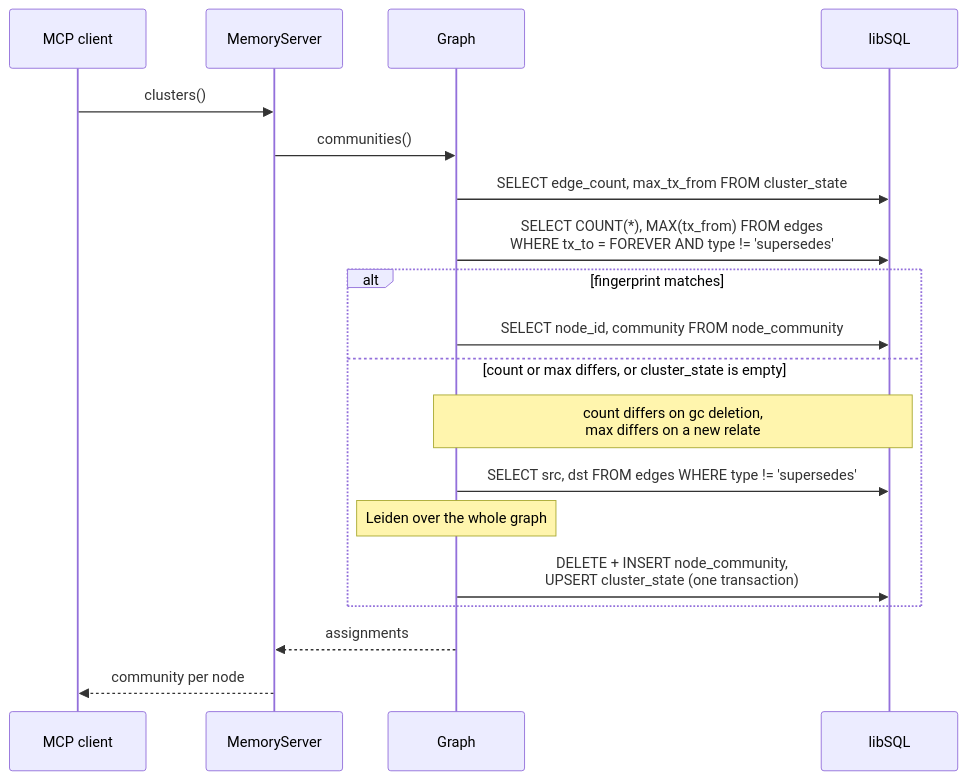
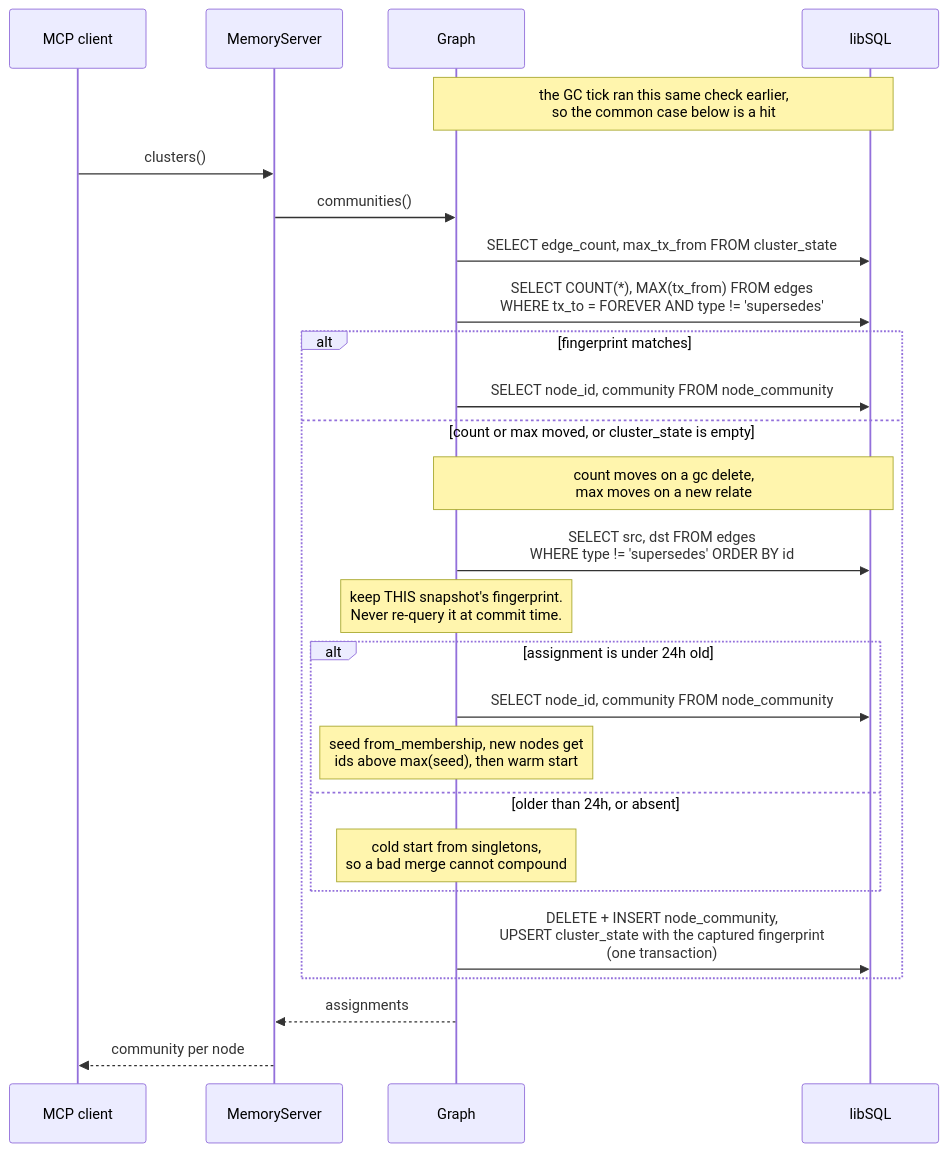
The third of 3 diagrams in docs/adr/0002-cluster-recompute-cadence.md (protocortex/liam), drawn with Mermaid before and after one commit. The commit also changed other lines of this file and 1 other file, not shown here.

First line of the commit message:
docs(adr): revise ADR-0002 to hybrid warm-started recompute

````diff
--- a/docs/adr/0002-cluster-recompute-cadence.md
+++ b/docs/adr/0002-cluster-recompute-cadence.md
@@ -256,24 +316,34 @@
 ```mermaid
 sequenceDiagram
     participant Client as MCP client
     participant Server as MemoryServer
     participant Graph as Graph
     participant DB as libSQL
+
+    Note over Graph,DB: the GC tick ran this same check earlier,<br/>so the common case below is a hit
 
     Client->>Server: clusters()
     Server->>Graph: communities()
     Graph->>DB: SELECT edge_count, max_tx_from FROM cluster_state
     Graph->>DB: SELECT COUNT(*), MAX(tx_from) FROM edges<br/>WHERE tx_to = FOREVER AND type != 'supersedes'
 
     alt fingerprint matches
         Graph->>DB: SELECT node_id, community FROM node_community
-    else count or max differs, or cluster_state is empty
-        Note over Graph,DB: count differs on gc deletion,<br/>max differs on a new relate
-        Graph->>DB: SELECT src, dst FROM edges WHERE type != 'supersedes'
-        Note over Graph: Leiden over the whole graph
-        Graph->>DB: DELETE + INSERT node_community,<br/>UPSERT cluster_state (one transaction)
+    else count or max moved, or cluster_state is empty
+        Note over Graph,DB: count moves on a gc delete,<br/>max moves on a new relate
+        Graph->>DB: SELECT src, dst FROM edges<br/>WHERE type != 'supersedes' ORDER BY id
+        Note over Graph: keep THIS snapshot's fingerprint.<br/>Never re-query it at commit time.
+
+        alt assignment is under 24h old
+            Graph->>DB: SELECT node_id, community FROM node_community
+            Note over Graph: seed from_membership, new nodes get<br/>ids above max(seed), then warm start
+        else older than 24h, or absent
+            Note over Graph: cold start from singletons,<br/>so a bad merge cannot compound
+        end
+
+        Graph->>DB: DELETE + INSERT node_community,<br/>UPSERT cluster_state with the captured fingerprint<br/>(one transaction)
     end
 
     Graph-->>Server: assignments
     Server-->>Client: community per node
 ```
````
